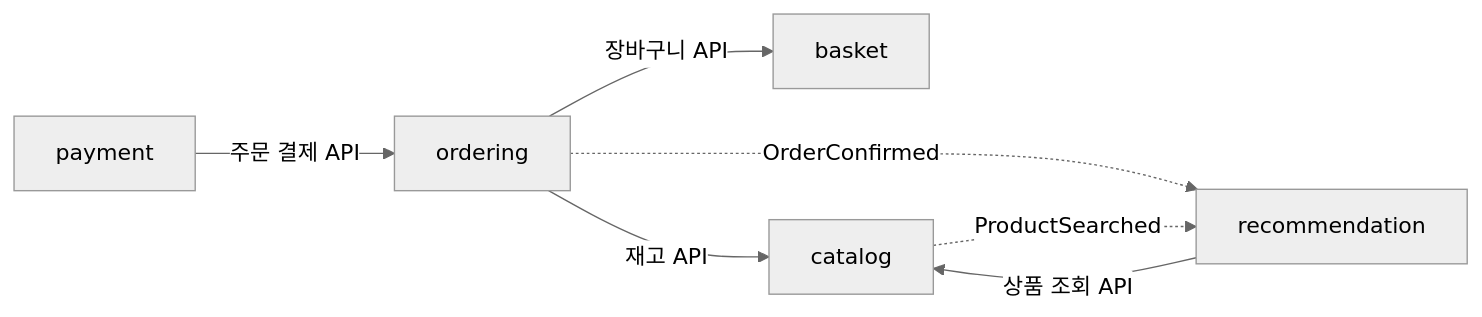
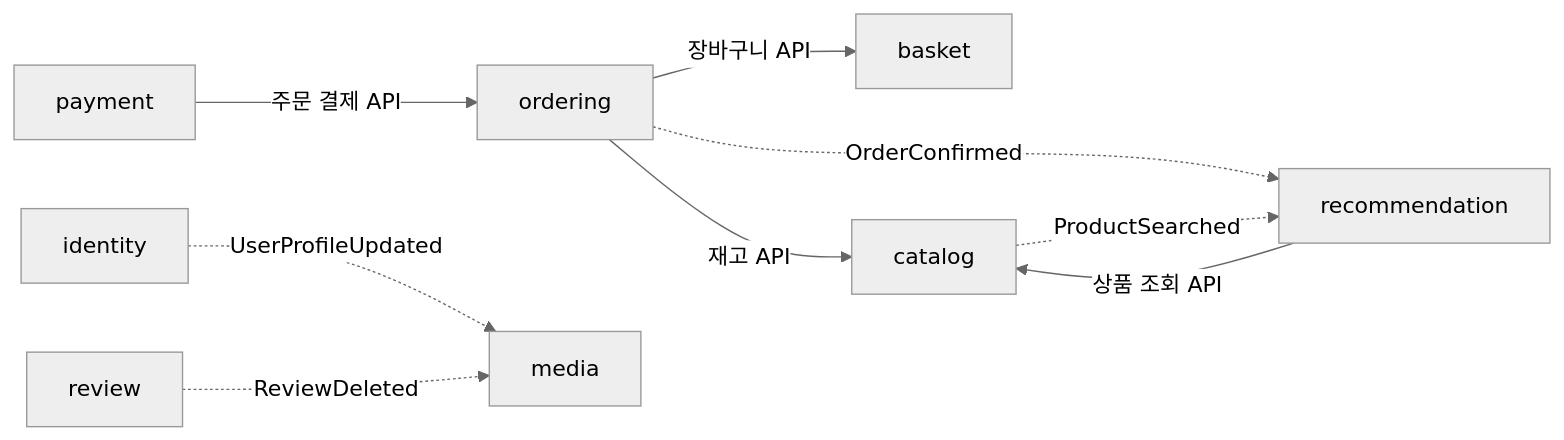
Before and after one commit to yeoeol/pagopa: the first of 2 diagrams in README.md, drawn with Mermaid (neutral theme). The commit also changed other lines of this file, not shown here.

````diff
--- a/README.md
+++ b/README.md
@@ -56,9 +63,11 @@
 ```mermaid
 flowchart LR
     Ordering["ordering"] -->|"장바구니 API"| Basket["basket"]
     Payment["payment"] -->|"주문 결제 API"| Ordering
     Ordering -->|"재고 API"| Catalog["catalog"]
     Ordering -. "OrderConfirmed" .-> Recommendation["recommendation"]
     Catalog -. "ProductSearched" .-> Recommendation
     Recommendation -->|"상품 조회 API"| Catalog
+    Identity["identity"] -. "UserProfileUpdated" .-> Media["media"]
+    Review["review"] -. "ReviewDeleted" .-> Media
 ```
````
